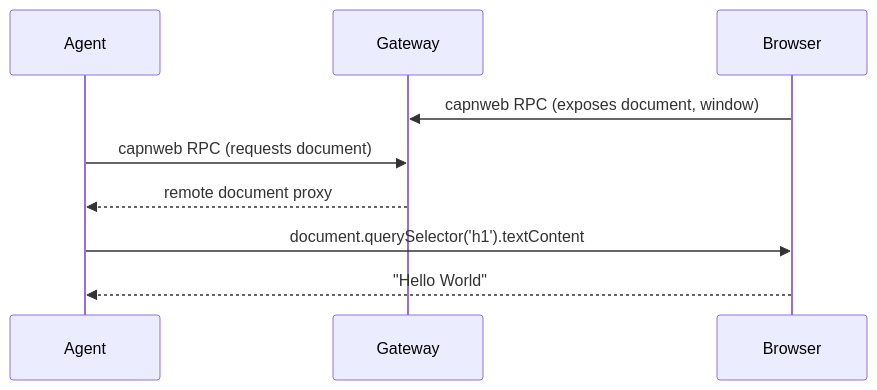
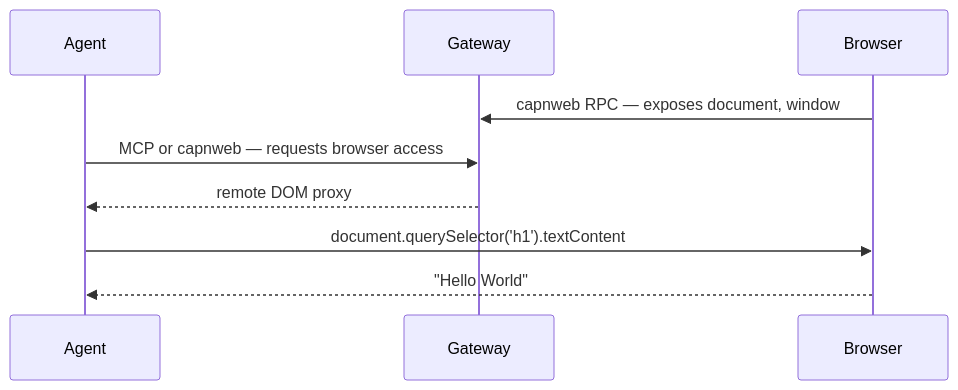
One commit to WinstonFassett/web-dev-mcp changed the second of 2 diagrams in README.md. Above: the diagram before and after it, drawn with Mermaid. The commit also changed other lines of this file, not shown here.

First line of the commit message:
docs: rewrite README for 3-tool core API, fix mermaid syntax

````diff
--- a/README.md
+++ b/README.md
@@ -169,13 +159,13 @@
 ```mermaid
 sequenceDiagram
     participant Agent
     participant Gateway
     participant Browser
 
-    Browser->>Gateway: capnweb RPC (exposes document, window)
-    Agent->>Gateway: capnweb RPC (requests document)
-    Gateway-->>Agent: remote document proxy
+    Browser->>Gateway: capnweb RPC — exposes document, window
+    Agent->>Gateway: MCP or capnweb — requests browser access
+    Gateway-->>Agent: remote DOM proxy
 
     Agent->>Browser: document.querySelector('h1').textContent
     Browser-->>Agent: "Hello World"
 ```
````
